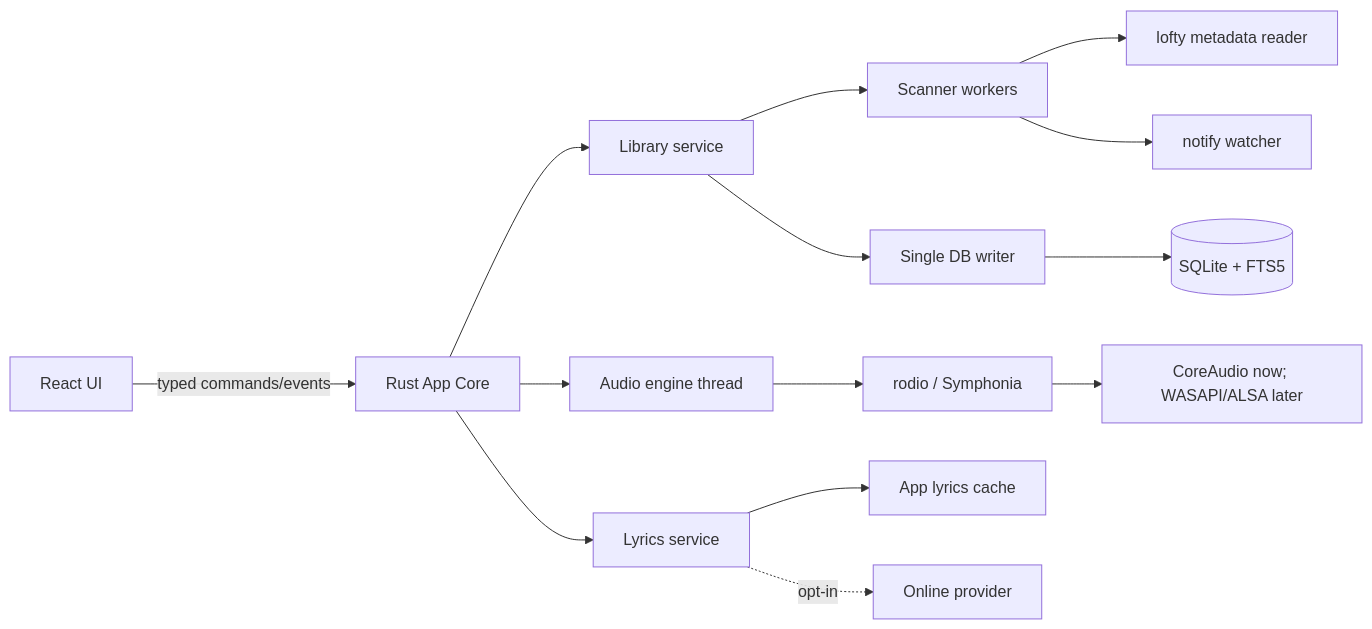
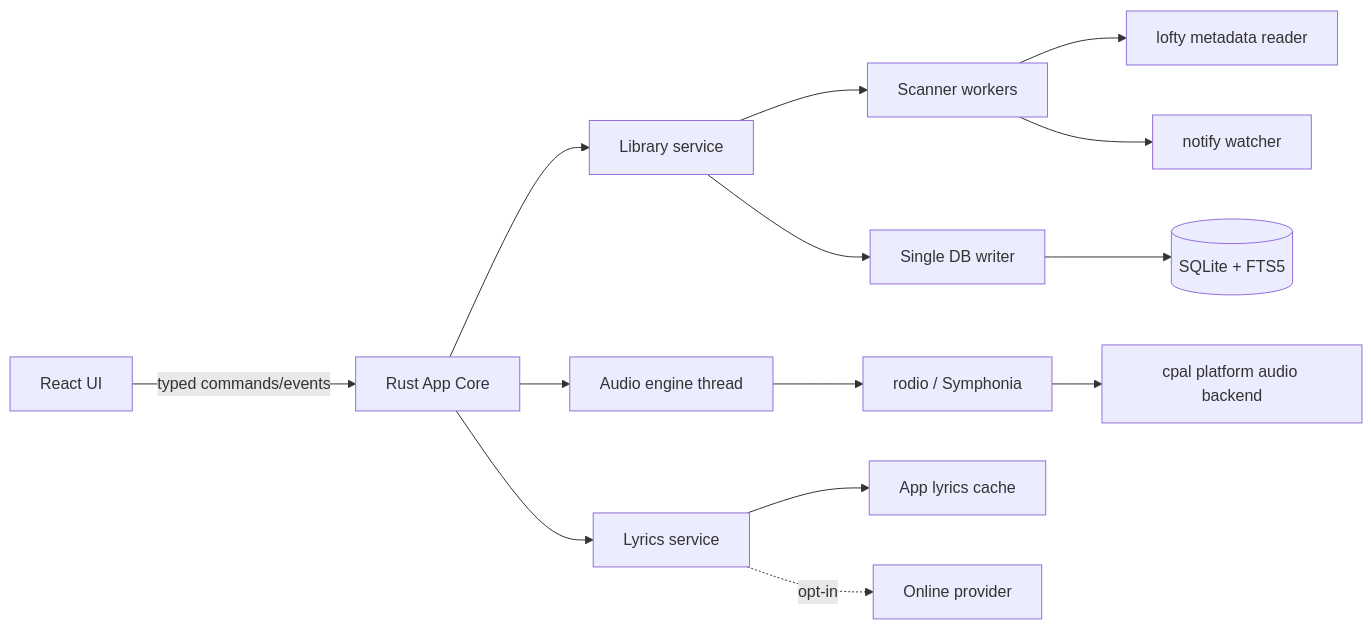
Before and after one commit to maweifeng2024/nanoPlayer: the diagram in docs/PRODUCT_AND_TECHNICAL_PLAN.md, drawn with Mermaid. The commit also changed other lines of this file and 130 other files, not shown here.

````diff
--- a/docs/PRODUCT_AND_TECHNICAL_PLAN.md
+++ b/docs/PRODUCT_AND_TECHNICAL_PLAN.md
@@ -170,16 +170,16 @@
 ```mermaid
 flowchart LR
     UI[React UI] -->|typed commands/events| CORE[Rust App Core]
     CORE --> LIB[Library service]
     CORE --> PLAYER[Audio engine thread]
     CORE --> LYRICS[Lyrics service]
     LIB --> SCAN[Scanner workers]
     LIB --> DBW[Single DB writer]
     SCAN --> META[lofty metadata reader]
     SCAN --> WATCH[notify watcher]
     DBW --> DB[(SQLite + FTS5)]
     PLAYER --> DEC[rodio / Symphonia]
-    DEC --> OS[CoreAudio now; WASAPI/ALSA later]
+    DEC --> OS[cpal platform audio backend]
     LYRICS --> CACHE[App lyrics cache]
     LYRICS -. opt-in .-> NET[Online provider]
 ```
````
